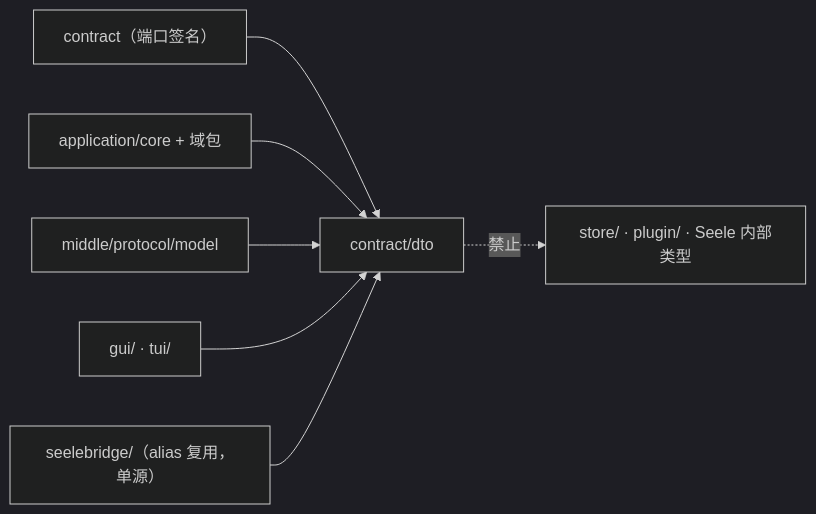
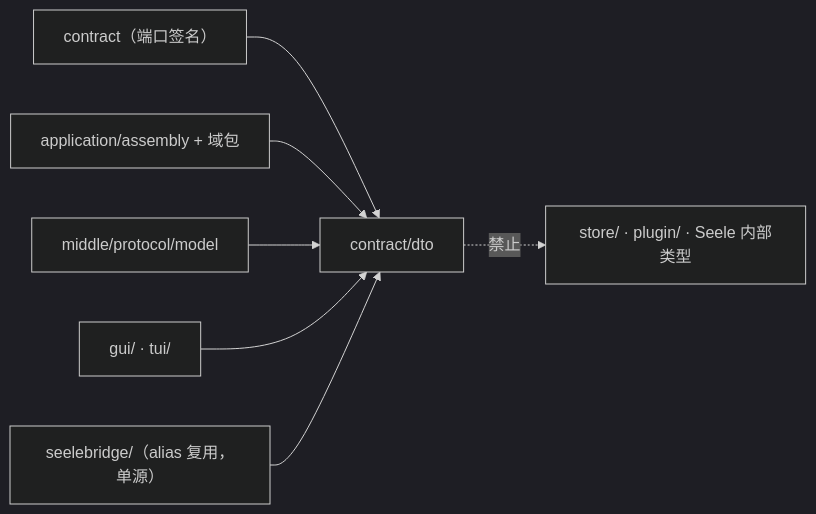
The first of 2 diagrams in contract/dto/README.md (RedHuang-0622/seelex), drawn with Mermaid (dark theme) before and after one commit. The commit also changed other lines of this file and 941 other files, not shown here.

Commit message:
refactor(application): retire core package

````diff
--- a/contract/dto/README.md
+++ b/contract/dto/README.md
@@ -52,9 +52,9 @@
 ```mermaid
 flowchart LR
     CONTRACT["contract（端口签名）"] --> DTO["contract/dto"]
-    CORE["application/core + 域包"] --> DTO
+    CORE["application/assembly + 域包"] --> DTO
     MODEL["middle/protocol/model"] --> DTO
     FE["gui/ · tui/"] --> DTO
     BRIDGE["seelebridge/（alias 复用，单源）"] --> DTO
     DTO -.->|禁止| STORE["store/ · plugin/ · Seele 内部类型"]
 ```
````
